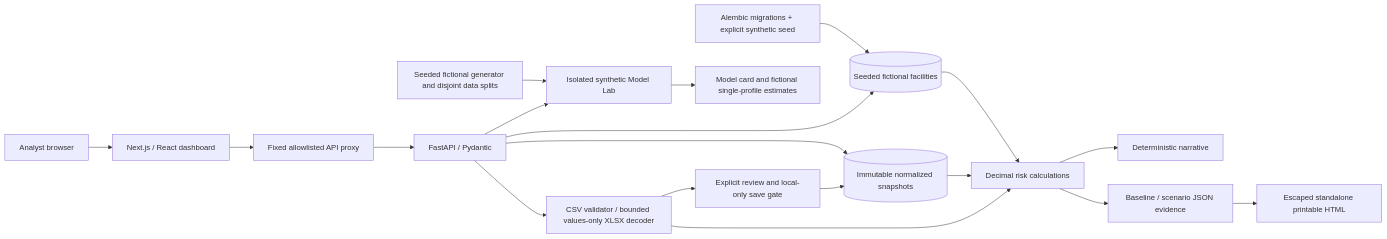
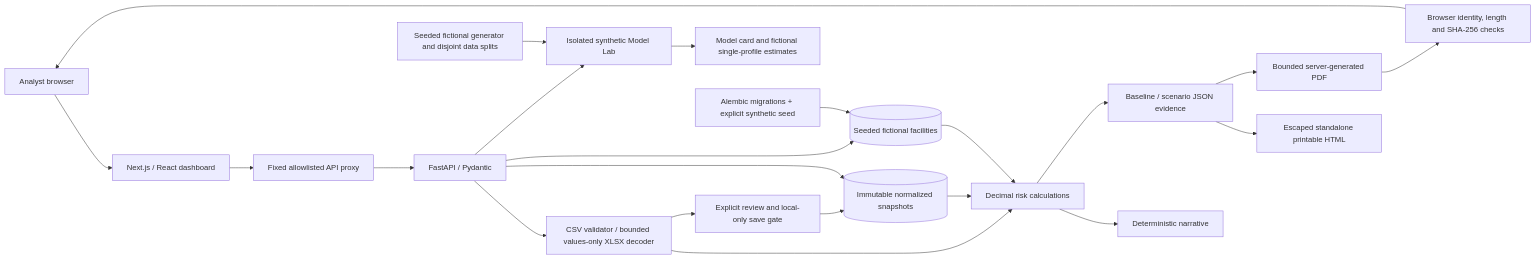
The diagram in docs/ARCHITECTURE.md (animeshpthk07/AegisRisk), drawn with Mermaid before and after one commit. The commit also changed other lines of this file, not shown here.

First line of the commit message:
docs: include server PDF generation in system architecture

````diff
--- a/docs/ARCHITECTURE.md
+++ b/docs/ARCHITECTURE.md
@@ -3,21 +3,24 @@
 ```mermaid
 flowchart LR
     U[Analyst browser] --> W[Next.js / React dashboard]
     W --> P[Fixed allowlisted API proxy]
     P --> A[FastAPI / Pydantic]
     A --> V[CSV validator / bounded values-only XLSX decoder]
     V --> R[Decimal risk calculations]
     V --> S[Explicit review and local-only save gate]
     S --> D[(Immutable normalized snapshots)]
     A --> D
     A --> F[(Seeded fictional facilities)]
     D --> R
     F --> R
     R --> E[Deterministic narrative]
     R --> J[Baseline / scenario JSON evidence]
     J --> H[Escaped standalone printable HTML]
+    J --> PDF[Bounded server-generated PDF]
+    PDF --> Q[Browser identity, length and SHA-256 checks]
+    Q --> U
     A --> L[Isolated synthetic Model Lab]
     G[Seeded fictional generator and disjoint data splits] --> L
     L --> C[Model card and fictional single-profile estimates]
     M[Alembic migrations + explicit synthetic seed] --> F
 ```
````
